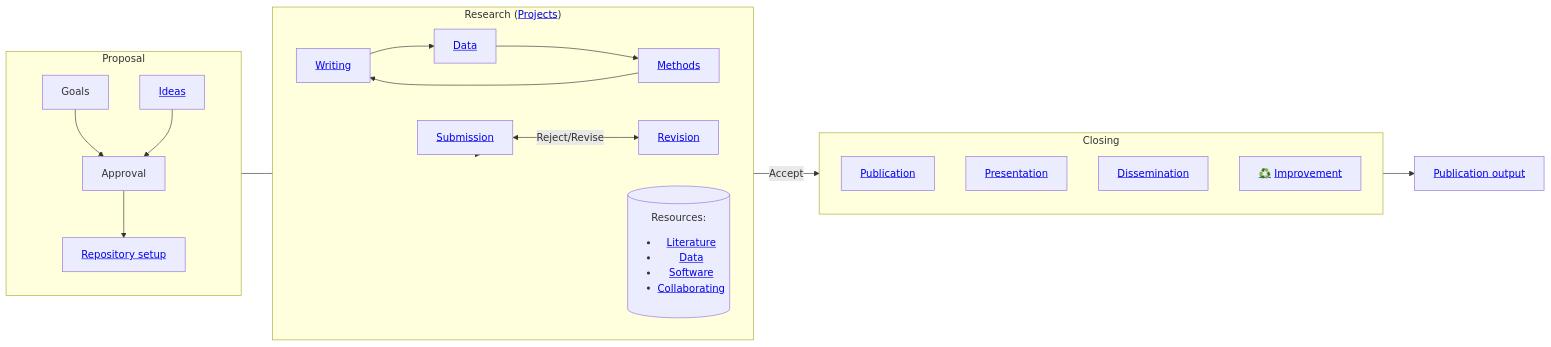
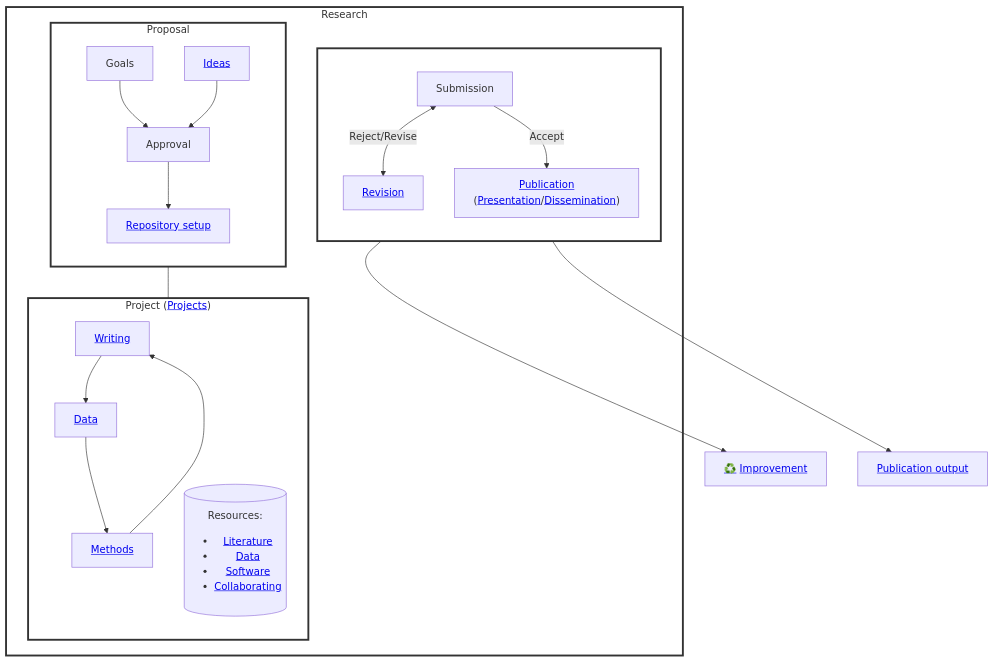
The diagram in docs/20-research/index.md (digital-work-lab/handbook), drawn with Mermaid before and after one commit. The commit also changed 1 other file, not shown here.

````diff
--- a/docs/20-research/index.md
+++ b/docs/20-research/index.md
@@ -14,30 +14,35 @@
 ```mermaid
-flowchart LR
+flowchart TB
+    subgraph Research
+        subgraph Proposal
+            direction TB
+            Goals --> Approval
+            Ideas["<a href='20_processes/20.09.ideas.html'>Ideas</a>"] --> Approval
+            Approval --> Setup["<a href='20_processes/20.15.repo-setup.html'>Repository setup</a>"]
+        end
 
-    Research --> Submission["<a href='20_processes/20.30.pre-submission.html'>Submission</a>"]
-    subgraph Closing
-        direction TB
-        Publication["<a href='20_processes/20.33.publication.html'>Publication</a>"]
-        Presentation["<a href='20_processes/20.28.presentation.html'>Presentation</a>"]
-        Dissemination["<a href='20_processes/20.34.dissemination.html'>Dissemination</a>"]
-        Improvement["<a href='../10-lab/10_processes/10.01.goals.html'>♻️</a> <a href='20_processes/20.35.improvement.html'>Improvement</a>"]
+        Setup --- a
+        subgraph b[" "]
+            direction TB
+            Submission <-->|Reject/Revise| Revise["<a href='20_processes/20.32.revision.html'>Revision</a>"]
+            Submission -->|Accept| Publication["<a href='20_processes/20.33.publication.html'>Publication</a><br>(<a href='20_processes/20.28.presentation.html'>Presentation</a>/<a href='20_processes/20.34.dissemination.html'>Dissemination</a>)"]
+        end
+        subgraph a["Project (<a href='25-projects.html'>Projects</a>)"]
+            direction TB
+            Writing["<a href='20_processes/20.29.writing.html'>Writing</a>"] --> Data
+            Methods["<a href='20_processes/20.18.methods.html'>Methods</a>"] --> Writing
+            Data["<a href='20_processes/20.17.data.html'>Data</a>"] --> Methods
+            Resources[("Resources:<br><ul><li><a href='22-literature.html'>Literature</a></li><li><a href='23-data.html'>Data</a></li><li><a href='24-software.html'>Software</a></li><li><a href='20_processes/20.16.collaboration.html'>Collaborating</a></li></ul>")]
+        end
+
     end
+    Publication --> Improvement["<a href='../10-lab/10_processes/10.01.goals.html'>♻️</a> <a href='20_processes/20.35.improvement.html'>Improvement</a>"]
+
     Publication --> PublicationOutput["<a href='29-publications.html'>Publication output</a>"]
-    subgraph Research["Research (<a href='25-projects.html'>Projects</a>)"]
-        direction LR
-        Resources[("Resources:<br><ul><li><a href='22-literature.html'>Literature</a></li><li><a href='23-data.html'>Data</a></li><li><a href='24-software.html'>Software</a></li><li><a href='20_processes/20.16.collaboration.html'>Collaborating</a></li></ul>")]
-        Writing["<a href='20_processes/20.29.writing.html'>Writing</a>"] --> Data
-        Methods["<a href='20_processes/20.18.methods.html'>Methods</a>"] --> Writing
-        Data["<a href='20_processes/20.17.data.html'>Data</a>"] --> Methods
-        Submission <-->|Reject/Revise| Revise["<a href='20_processes/20.32.revision.html'>Revision</a>"]
-    end
-    Submission -->|Accept| Closing
 
-    subgraph Proposal
-        direction TB
-        Goals --> Approval
-        Ideas["<a href='20_processes/20.09.ideas.html'>Ideas</a>"] --> Approval
-        Approval --> Setup["<a href='20_processes/20.15.repo-setup.html'>Repository setup</a>"]
-    end
-    Setup --- Research
+    style Proposal fill:white,stroke:#333,stroke-width:3px
+    style Research fill:white,stroke:#333,stroke-width:3px
+    style a fill:white,stroke:#333,stroke-width:3px
+    style b fill:white,stroke:#333,stroke-width:3px
+
 ```
````
